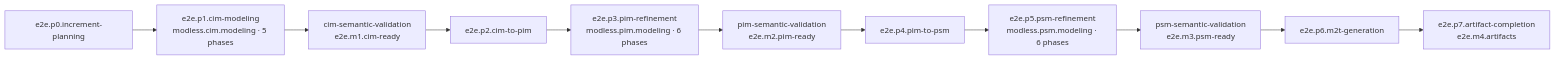
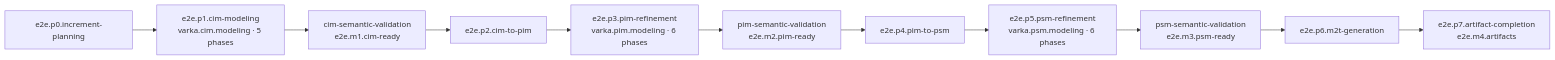
Before and after one commit to mehdieidi/modriss: the first of 3 diagrams in docs/diagrams/27-end-to-end-methodology.md, drawn with Mermaid. The commit also changed other lines of this file and 720 other files, not shown here.

````diff
--- a/docs/diagrams/27-end-to-end-methodology.md
+++ b/docs/diagrams/27-end-to-end-methodology.md
@@ -7,16 +7,16 @@
 ```mermaid
 flowchart LR
     p0["e2e.p0.increment-planning"]
-    p1["e2e.p1.cim-modeling<br/>modless.cim.modeling · 5 phases"]
+    p1["e2e.p1.cim-modeling<br/>varka.cim.modeling · 5 phases"]
     evl1["cim-semantic-validation<br/>e2e.m1.cim-ready"]
     p2["e2e.p2.cim-to-pim"]
-    p3["e2e.p3.pim-refinement<br/>modless.pim.modeling · 6 phases"]
+    p3["e2e.p3.pim-refinement<br/>varka.pim.modeling · 6 phases"]
     evl2["pim-semantic-validation<br/>e2e.m2.pim-ready"]
     p4["e2e.p4.pim-to-psm"]
-    p5["e2e.p5.psm-refinement<br/>modless.psm.modeling · 6 phases"]
+    p5["e2e.p5.psm-refinement<br/>varka.psm.modeling · 6 phases"]
     evl3["psm-semantic-validation<br/>e2e.m3.psm-ready"]
     p6["e2e.p6.m2t-generation"]
     p7["e2e.p7.artifact-completion<br/>e2e.m4.artifacts"]
 
     p0 --> p1 --> evl1 --> p2 --> p3 --> evl2 --> p4 --> p5 --> evl3 --> p6 --> p7
 ```
````
